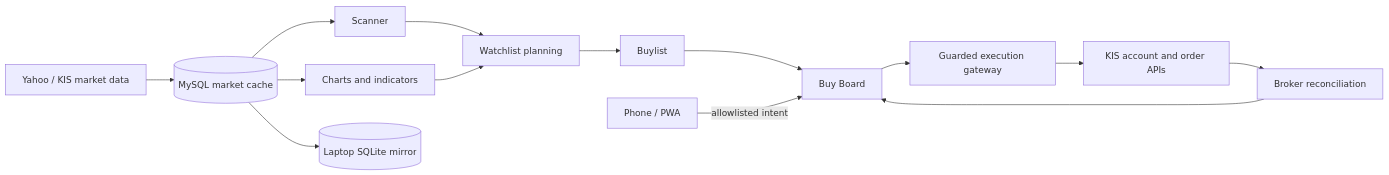
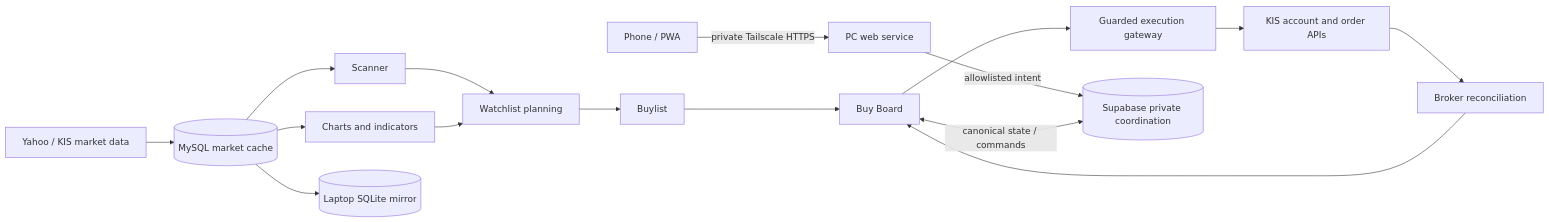
One commit to cafe-auvers/quant_app changed the diagram in docs/wiki/System-Overview.md. Above: the diagram before and after it, drawn with Mermaid. The commit also changed other lines of this file and 49 other files, not shown here.

````diff
--- a/docs/wiki/System-Overview.md
+++ b/docs/wiki/System-Overview.md
@@ -12,16 +12,18 @@
 ```mermaid
 flowchart LR
     Provider[Yahoo / KIS market data] --> Cache[(MySQL market cache)]
     Cache --> Scanner[Scanner]
     Cache --> Charts[Charts and indicators]
     Scanner --> Watchlist[Watchlist planning]
     Charts --> Watchlist
     Watchlist --> Buylist[Buylist]
     Buylist --> Board[Buy Board]
     KIS[KIS account and order APIs] --> Reconcile[Broker reconciliation]
     Board --> Gateway[Guarded execution gateway]
-    Web[Phone / PWA] -->|allowlisted intent| Board
+    Web[Phone / PWA] -->|private Tailscale HTTPS| WebHost[PC web service]
+    WebHost -->|allowlisted intent| Shared[(Supabase private coordination)]
+    Board <-->|canonical state / commands| Shared
     Gateway --> KIS
     Reconcile --> Board
     Cache --> Mirror[(Laptop SQLite mirror)]
 ```
````
